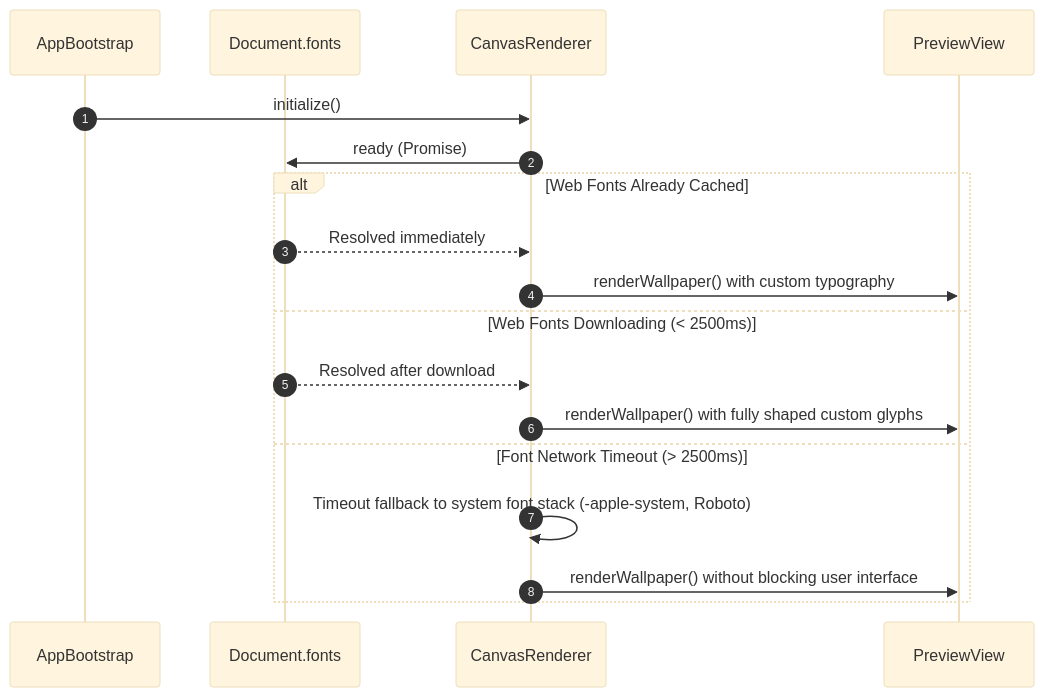
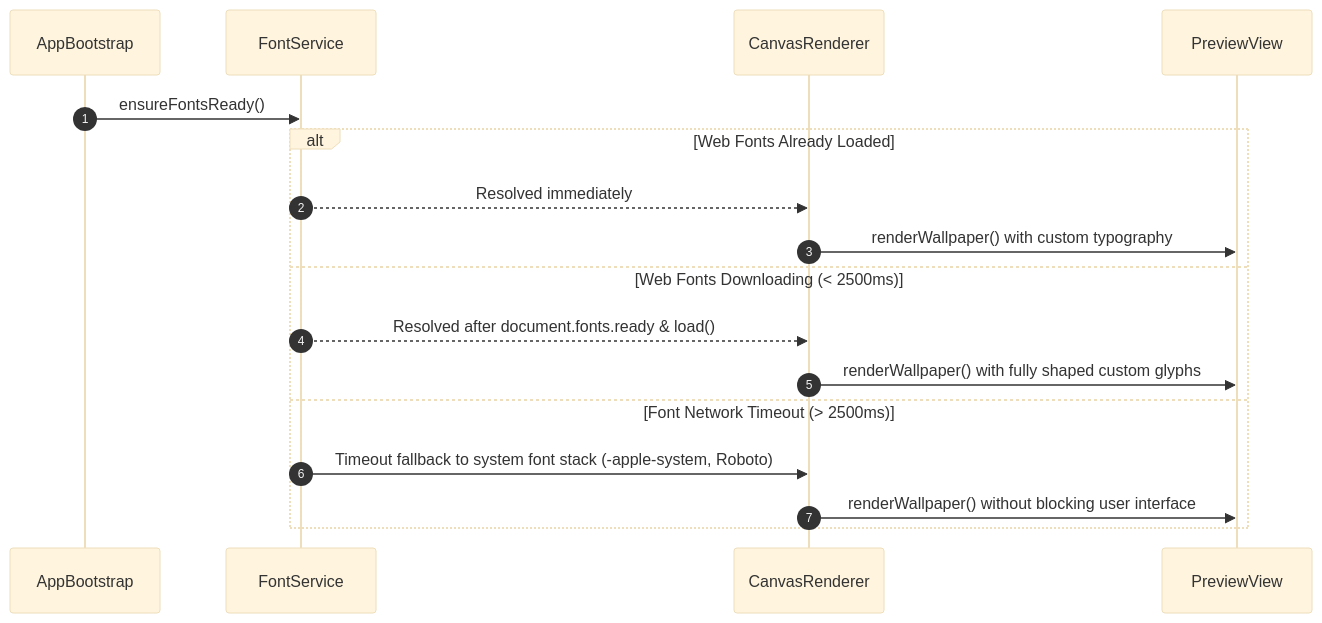
The ninth of 10 diagrams in docs/lld/02-dynamic-interaction-sequences.md (piyushmakhija28/countdown-lockscreen-challenge), drawn with Mermaid (base theme) before and after one commit. The commit also changed other lines of this file and 33 other files, not shown here.

Commit message:
docs(audit): remediate all forensic architectural, mathematical, and code blueprint defects to Level 2.2 standard

````diff
--- a/docs/lld/02-dynamic-interaction-sequences.md
+++ b/docs/lld/02-dynamic-interaction-sequences.md
@@ -236,21 +242,20 @@
 ```mermaid
 sequenceDiagram
     autonumber
     participant App as AppBootstrap
-    participant FontAPI as Document.fonts
+    participant FontService as FontService
     participant Canvas as CanvasRenderer
     participant View as PreviewView
 
-    App->>Canvas: initialize()
-    Canvas->>FontAPI: ready (Promise)
-    alt Web Fonts Already Cached
-        FontAPI-->>Canvas: Resolved immediately
+    App->>FontService: ensureFontsReady()
+    alt Web Fonts Already Loaded
+        FontService-->>Canvas: Resolved immediately
         Canvas->>View: renderWallpaper() with custom typography
     else Web Fonts Downloading (< 2500ms)
-        FontAPI-->>Canvas: Resolved after download
+        FontService-->>Canvas: Resolved after document.fonts.ready & load()
         Canvas->>View: renderWallpaper() with fully shaped custom glyphs
     else Font Network Timeout (> 2500ms)
-        Canvas->>Canvas: Timeout fallback to system font stack (-apple-system, Roboto)
+        FontService->>Canvas: Timeout fallback to system font stack (-apple-system, Roboto)
         Canvas->>View: renderWallpaper() without blocking user interface
     end
 ```
````
